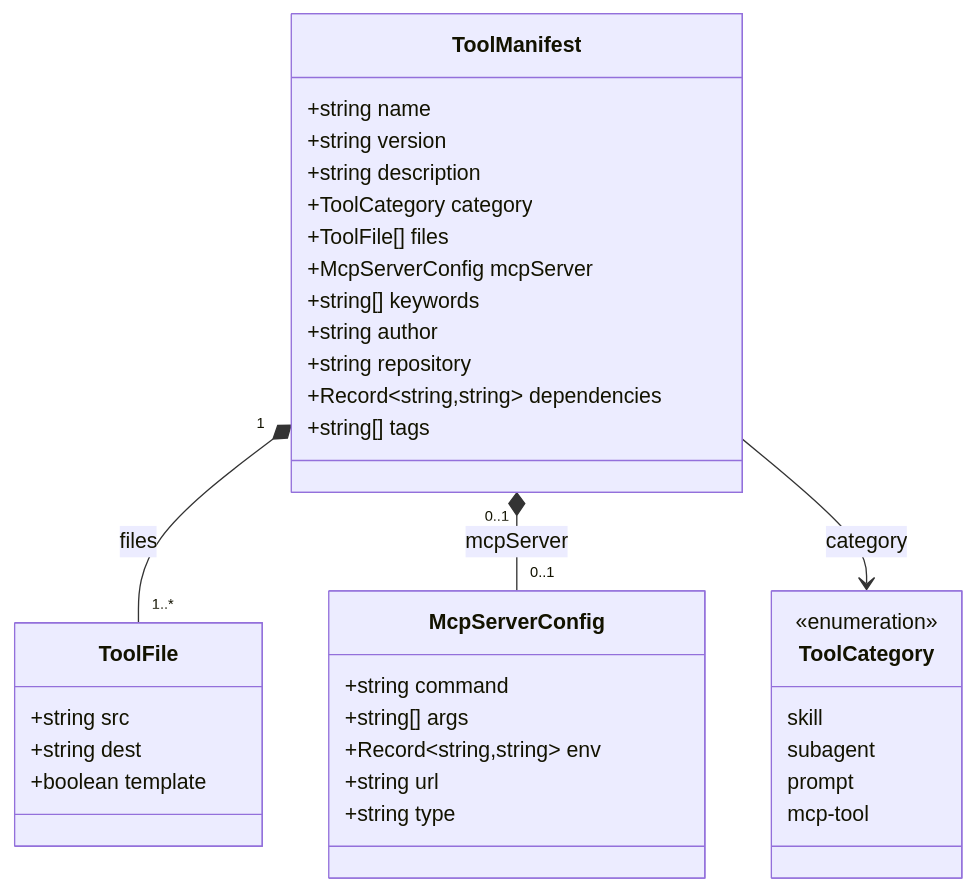
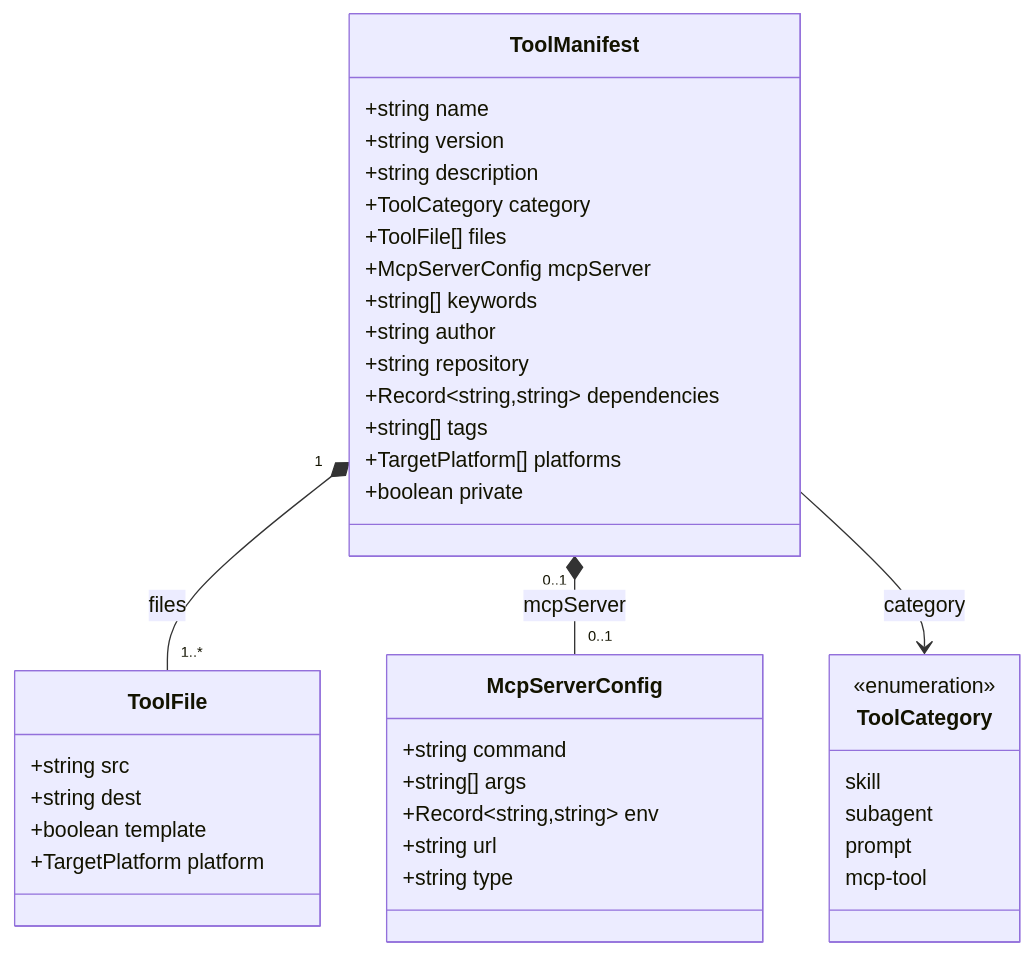
One commit to bitgenetics/aitools changed the first of 6 diagrams in docs/design/data-model.md. Above: the diagram before and after it, drawn with Mermaid. The commit also changed other lines of this file and 13 other files, not shown here.

````diff
--- a/docs/design/data-model.md
+++ b/docs/design/data-model.md
@@ -13,42 +13,45 @@
 ```mermaid
 classDiagram
     class ToolManifest {
         +string name
         +string version
         +string description
         +ToolCategory category
         +ToolFile[] files
         +McpServerConfig mcpServer
         +string[] keywords
         +string author
         +string repository
         +Record~string,string~ dependencies
         +string[] tags
+        +TargetPlatform[] platforms
+        +boolean private
     }
 
     class ToolFile {
         +string src
         +string dest
         +boolean template
+        +TargetPlatform platform
     }
 
     class McpServerConfig {
         +string command
         +string[] args
         +Record~string,string~ env
         +string url
         +string type
     }
 
     class ToolCategory {
         <<enumeration>>
         skill
         subagent
         prompt
         mcp-tool
     }
 
     ToolManifest "1" *-- "1..*" ToolFile : files
     ToolManifest "0..1" *-- "0..1" McpServerConfig : mcpServer
     ToolManifest --> ToolCategory : category
 ```
````
